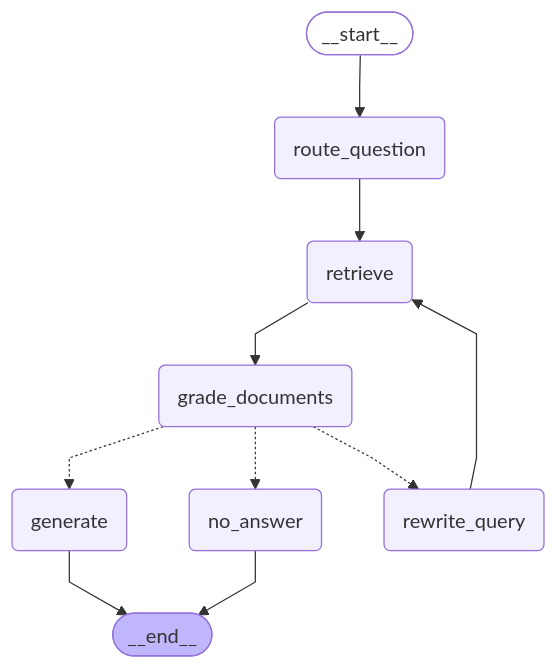
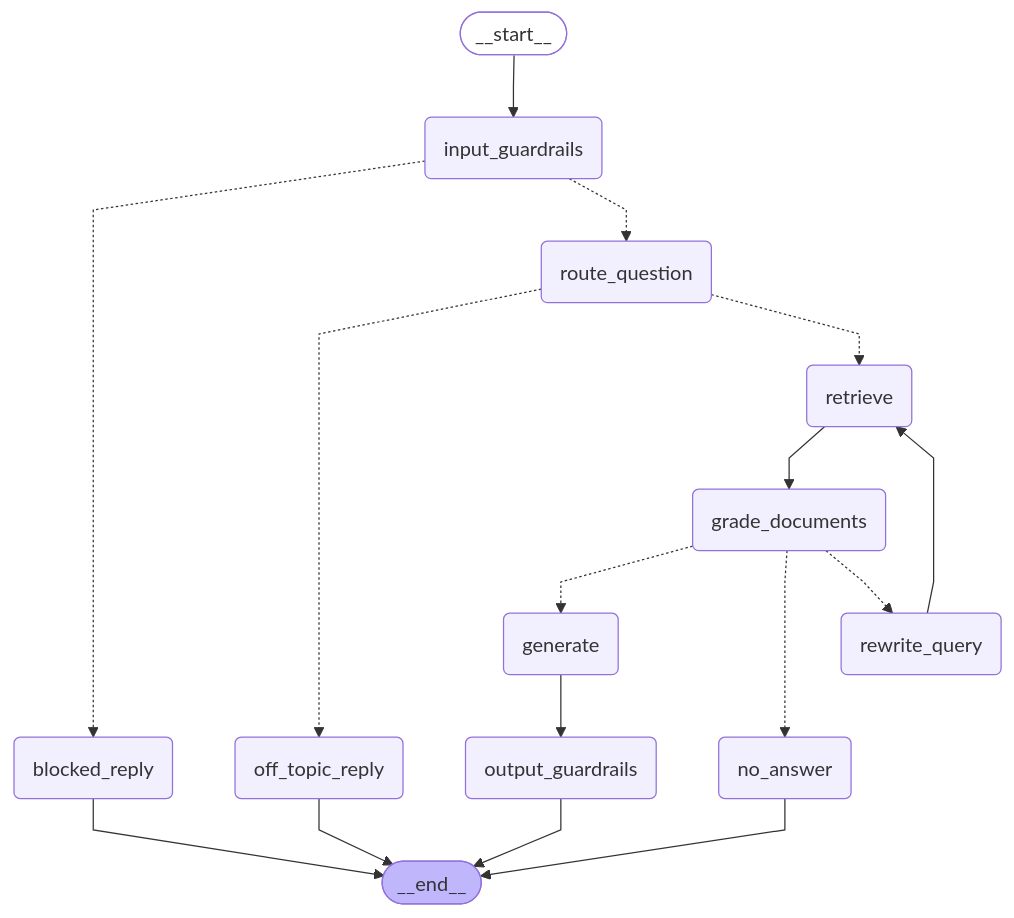
One commit to Shahryar123/DevOps-Runbook-Assistant changed the diagram in docs/graph.md. Above: the diagram before and after it, drawn with Mermaid. The commit also changed 35 other files, not shown here.

````diff
--- a/docs/graph.md
+++ b/docs/graph.md
@@ -5,28 +5,38 @@
 ```mermaid
 ---
 config:
   flowchart:
     curve: linear
 ---
 graph TD;
 	__start__([<p>__start__</p>]):::first
+	input_guardrails(input_guardrails)
+	blocked_reply(blocked_reply)
 	route_question(route_question)
+	off_topic_reply(off_topic_reply)
 	retrieve(retrieve)
 	grade_documents(grade_documents)
 	rewrite_query(rewrite_query)
 	generate(generate)
 	no_answer(no_answer)
+	output_guardrails(output_guardrails)
 	__end__([<p>__end__</p>]):::last
-	__start__ --> route_question;
+	__start__ --> input_guardrails;
+	generate --> output_guardrails;
 	grade_documents -.-> generate;
 	grade_documents -.-> no_answer;
 	grade_documents -.-> rewrite_query;
+	input_guardrails -.-> blocked_reply;
+	input_guardrails -.-> route_question;
 	retrieve --> grade_documents;
 	rewrite_query --> retrieve;
-	route_question --> retrieve;
-	generate --> __end__;
+	route_question -.-> off_topic_reply;
+	route_question -.-> retrieve;
+	blocked_reply --> __end__;
 	no_answer --> __end__;
+	off_topic_reply --> __end__;
+	output_guardrails --> __end__;
 	classDef default fill:#f2f0ff,line-height:1.2
 	classDef first fill-opacity:0
 	classDef last fill:#bfb6fc
 ```
````
